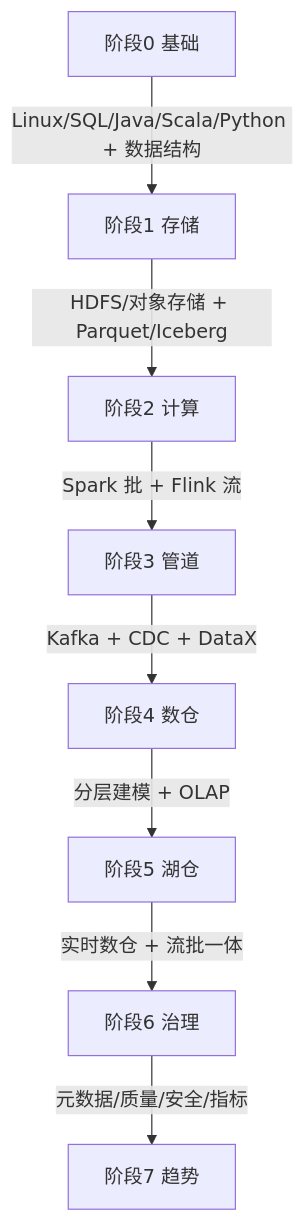
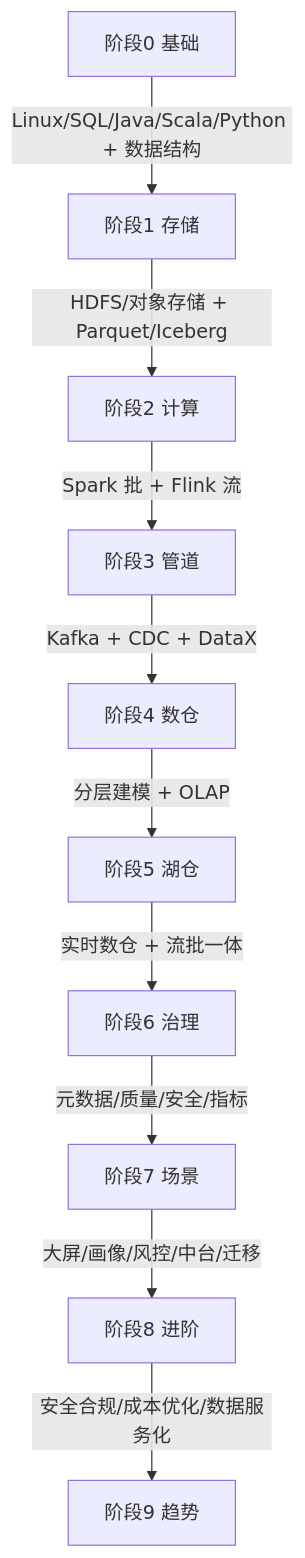
One commit to tghrxxxyyy/knowledge-base changed the first of 3 diagrams in 基础知识/大数据/README.md. Above: the diagram before and after it, drawn with Mermaid. The commit also changed other lines of this file and 6 other files, not shown here.

First line of the commit message:
docs(大数据): 深度扩容补齐场景设计/安全合规/成本优化/数据服务化(4篇)

````diff
--- a/基础知识/大数据/README.md
+++ b/基础知识/大数据/README.md
@@ -54,10 +62,12 @@
 ```mermaid
 flowchart TD
     L0[阶段0 基础] -->|Linux/SQL/Java/Scala/Python + 数据结构| L1[阶段1 存储]
     L1 -->|HDFS/对象存储 + Parquet/Iceberg| L2[阶段2 计算]
     L2 -->|Spark 批 + Flink 流| L3[阶段3 管道]
     L3 -->|Kafka + CDC + DataX| L4[阶段4 数仓]
     L4 -->|分层建模 + OLAP| L5[阶段5 湖仓]
     L5 -->|实时数仓 + 流批一体| L6[阶段6 治理]
-    L6 -->|元数据/质量/安全/指标| L7[阶段7 趋势]
+    L6 -->|元数据/质量/安全/指标| L7[阶段7 场景]
+    L7 -->|大屏/画像/风控/中台/迁移| L8[阶段8 进阶]
+    L8 -->|安全合规/成本优化/数据服务化| L9[阶段9 趋势]
 ```
````
